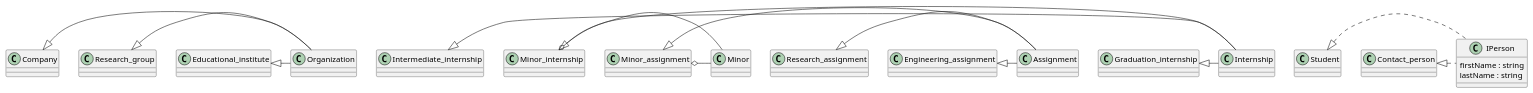
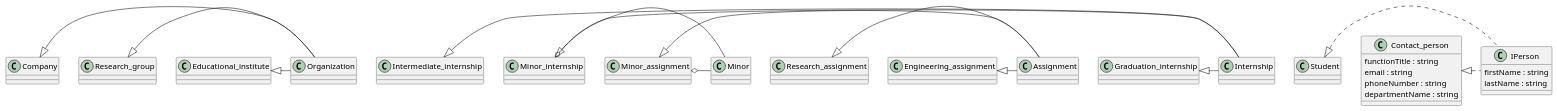
One commit to JoiningwithMattheus/Week1 changed the diagram in Week3/ClassDiagram.puml. Above: the diagram before and after it, drawn with PlantUML.

Commit message:
contact person variables

```diff
--- a/Week3/ClassDiagram.puml
+++ b/Week3/ClassDiagram.puml
@@ -1,81 +1,85 @@
 @startuml SIS
 
 class Organization {
 
 }
 
 class Company {
 
 }
 Company <|- Organization
 
 class Research_group{
 
 }
 Research_group <|- Organization
 
 class Educational_institute{
 
 }
 Educational_institute <|- Organization
 
 class Internship {
 
 }
 
 class Intermediate_internship {
 
 }
 Intermediate_internship <|- Internship
 
 class Minor_internship {
 
 }
 Minor_internship <|- Internship
 Minor_internship o- Minor
 
 class Graduation_internship {
 
 }
 Graduation_internship <|- Internship
 
 class Assignment {
 
 }
 
 class Research_assignment {
 
 }
 Research_assignment <|- Assignment
 
 class Minor_assignment {
 
 }
 Minor_assignment <|- Assignment
 Minor_assignment o- Minor
 
 class Engineering_assignment {
 
 }
 Engineering_assignment <|- Assignment
 
 class IPerson{
     firstName : string
     lastName : string
 
 }
 
 class Student {
 
 }
 Student <|. IPerson
 
 class Contact_person {
+    functionTitle : string
+    email : string
+    phoneNumber : string
+    departmentName : string
 
 }
 Contact_person <|. IPerson
 
 class Minor {
 
 }
 @enduml
```
